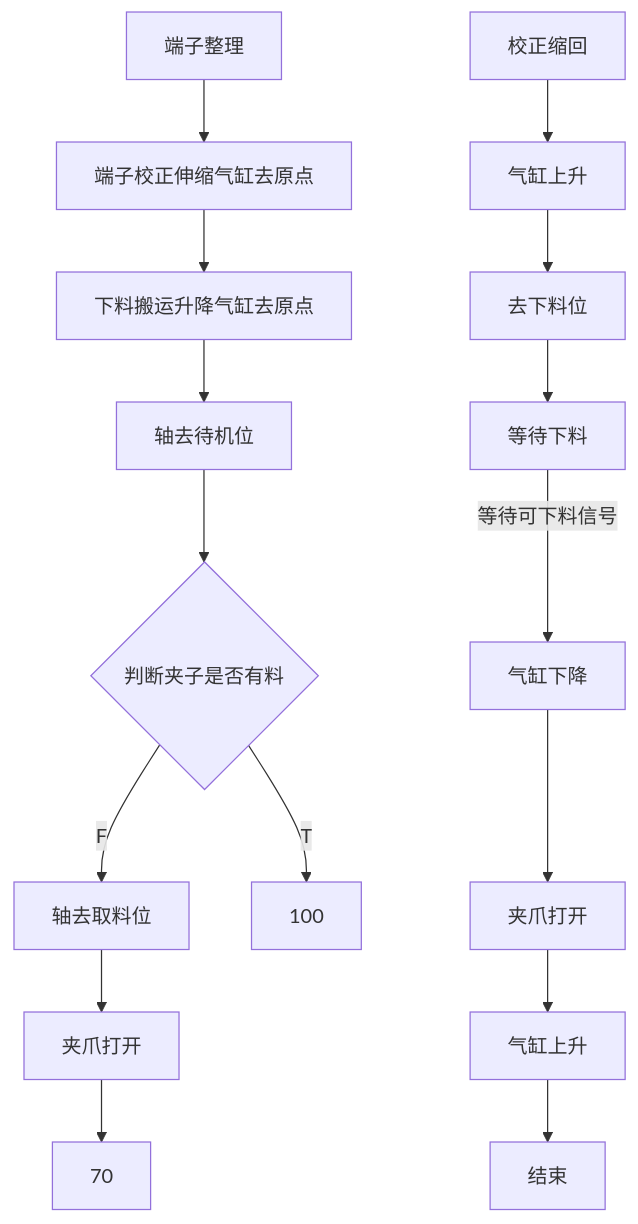
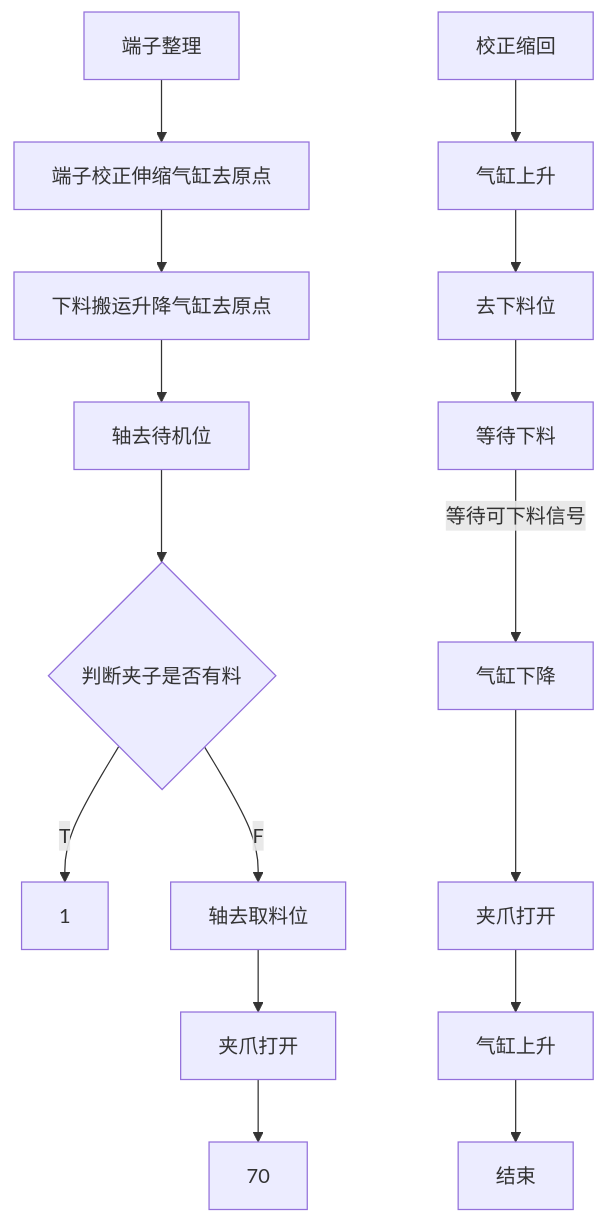
One commit to zmq000/iodraw-files changed the diagram in all/VR-OP90端子整理.md. Above: the diagram before and after it, drawn with Mermaid.

Commit message:
2026-06-18 11:07:54 update

````diff
--- a/all/VR-OP90端子整理.md
+++ b/all/VR-OP90端子整理.md
@@ -1,26 +1,26 @@
 ```mermaid
 graph TD
 0[端子整理]-->10
 10[端子校正伸缩气缸去原点]-->20
 20[下料搬运升降气缸去原点]-->30
 30[轴去待机位]-->40
-40{判断夹子是否有料}-->|T|100
+40{判断夹子是否有料}-->|T|1
 40-->|F|50
 50[轴去取料位]-->60
- 60[夹爪打开]-->70
+60[夹爪打开]-->70
 %% 70[下降到位]-->80
 %% 80[夹爪加紧]-->90
 %% 90[校正伸出]-->100
 %% 100[预留]-->110
 110[校正缩回]-->120
 120[气缸上升]-->130
 130[去下料位]-->140
 140[等待下料]-->|等待可下料信号|150
 150[气缸下降]-->160
 160[夹爪打开]-->170
 170[气缸上升]-->180
 180[结束]
 
 
   
 ```
````
